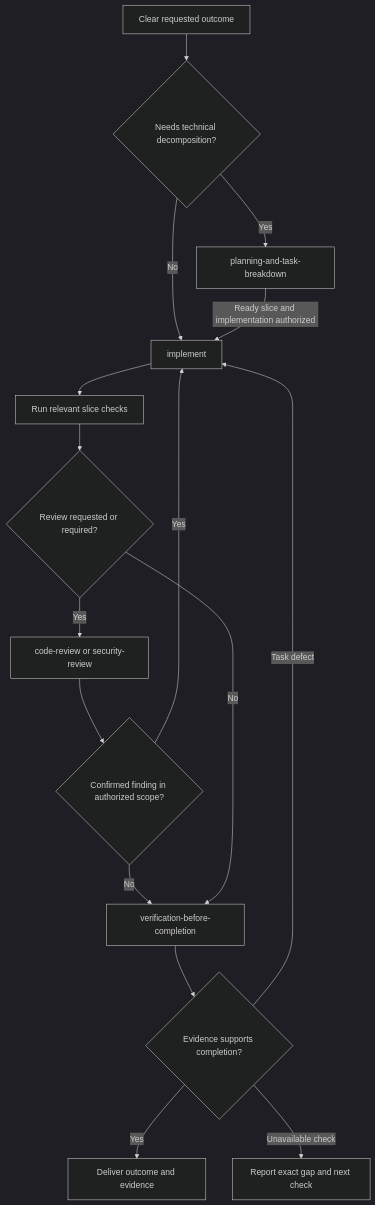
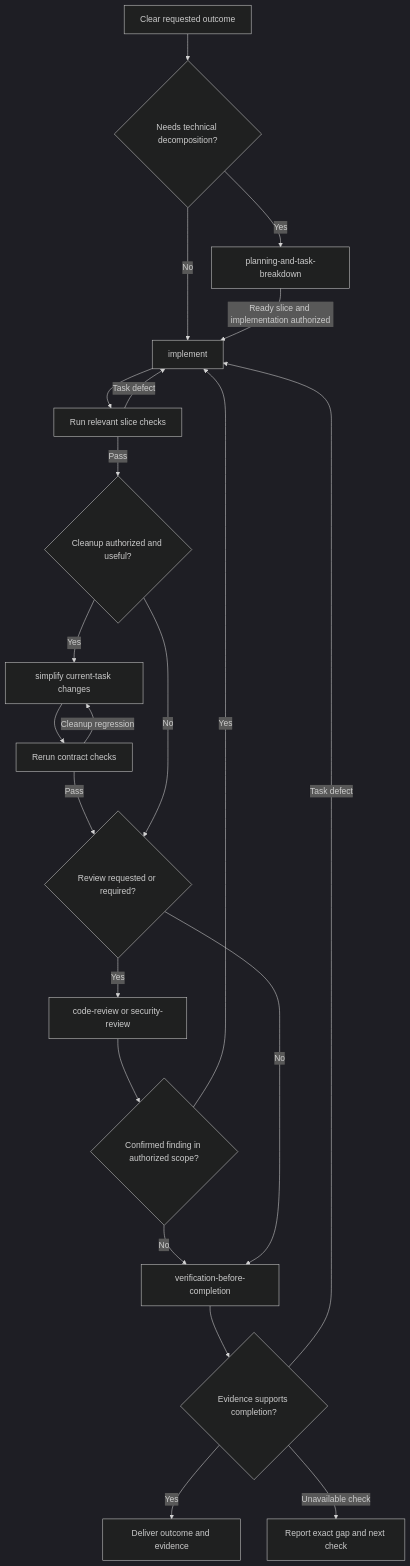
Before and after one commit to J03Fr0st/skills: the diagram in docs/workflow.md, drawn with Mermaid (dark theme). The commit also changed other lines of this file and 6 other files, not shown here.

````diff
--- a/docs/workflow.md
+++ b/docs/workflow.md
@@ -22,18 +22,24 @@
 ```mermaid
 flowchart TD
     A[Clear requested outcome] --> B{Needs technical decomposition?}
     B -->|Yes| P[planning-and-task-breakdown]
     B -->|No| I[implement]
     P -->|Ready slice and implementation authorized| I
     I --> C[Run relevant slice checks]
-    C --> R{Review requested or required?}
+    C -->|Pass| S{Cleanup authorized and useful?}
+    C -->|Task defect| I
+    S -->|Yes| SC[simplify current-task changes]
+    SC --> VC[Rerun contract checks]
+    VC -->|Pass| R{Review requested or required?}
+    VC -->|Cleanup regression| SC
+    S -->|No| R
     R -->|Yes| CR[code-review or security-review]
     CR --> F{Confirmed finding in authorized scope?}
     F -->|Yes| I
     F -->|No| V[verification-before-completion]
     R -->|No| V
     V --> E{Evidence supports completion?}
     E -->|Yes| O[Deliver outcome and evidence]
     E -->|Task defect| I
     E -->|Unavailable check| G[Report exact gap and next check]
 ```
````
